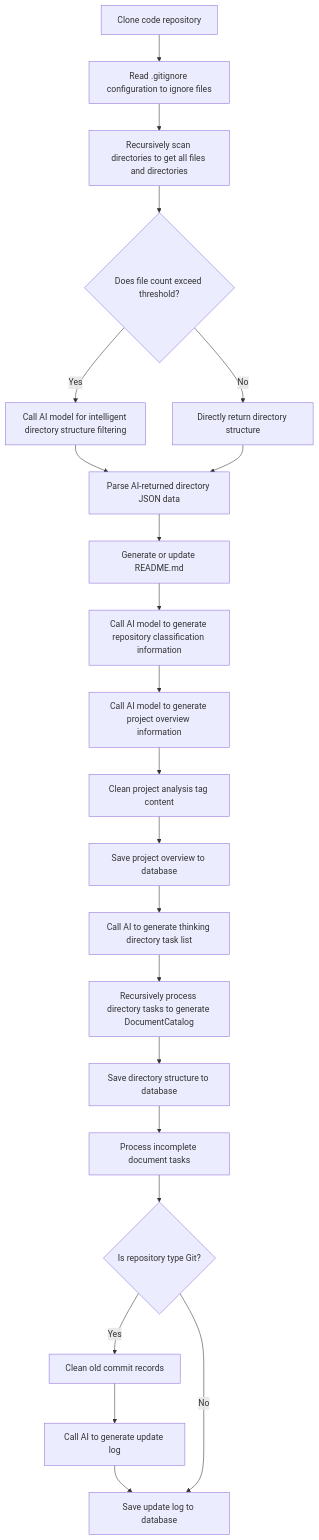
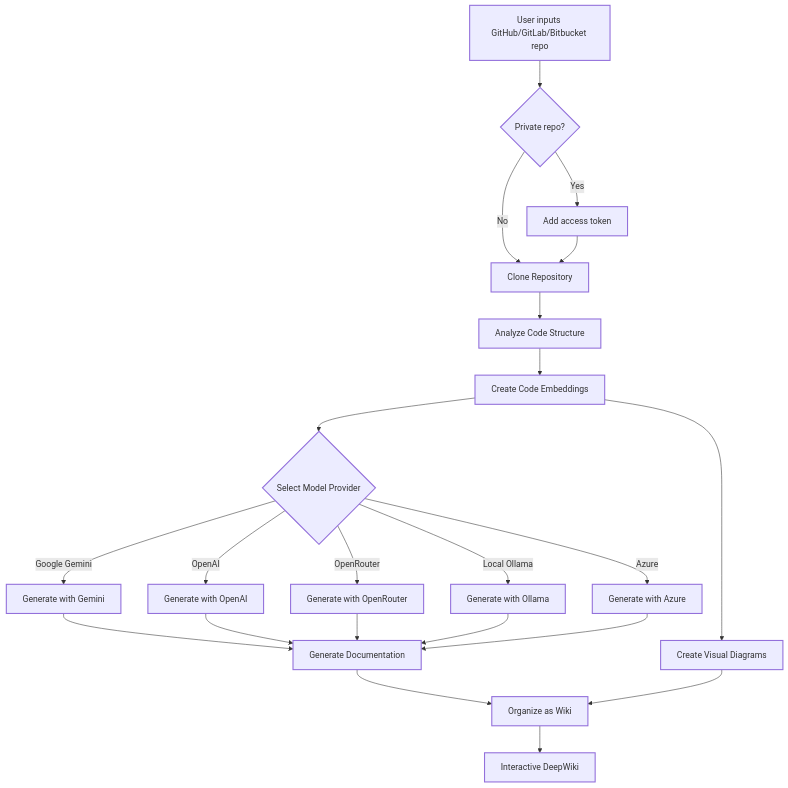
The diagram in README.md (cachatj/antigravity-deepwiki), drawn with Mermaid before and after one commit. The commit also changed other lines of this file and 130 other files, not shown here.

````diff
--- a/README.md
+++ b/README.md
@@ -269,24 +137,37 @@
 ```mermaid
 graph TD
-    A[Clone code repository] --> B[Read .gitignore configuration to ignore files]
-    B --> C[Recursively scan directories to get all files and directories]
-    C --> D{Does file count exceed threshold?}
-    D -- No --> E[Directly return directory structure]
-    D -- Yes --> F[Call AI model for intelligent directory structure filtering]
-    F --> G[Parse AI-returned directory JSON data]
-    E --> G
-    G --> H[Generate or update README.md]
-    H --> I[Call AI model to generate repository classification information]
-    I --> J[Call AI model to generate project overview information]
-    J --> K[Clean project analysis tag content]
-    K --> L[Save project overview to database]
-    L --> M[Call AI to generate thinking directory task list]
-    M --> N[Recursively process directory tasks to generate DocumentCatalog]
-    N --> O[Save directory structure to database]
-    O --> P[Process incomplete document tasks]
-    P --> Q{Is repository type Git?}
-    Q -- Yes --> R[Clean old commit records]
-    R --> S[Call AI to generate update log]
-    S --> T[Save update log to database]
-    Q -- No --> T
+    A[User inputs GitHub/GitLab/Bitbucket repo] --> AA{Private repo?}
+    AA -->|Yes| AB[Add access token]
+    AA -->|No| B[Clone Repository]
+    AB --> B
+    B --> C[Analyze Code Structure]
+    C --> D[Create Code Embeddings]
+
+    D --> M{Select Model Provider}
+    M -->|Google Gemini| E1[Generate with Gemini]
+    M -->|OpenAI| E2[Generate with OpenAI]
+    M -->|OpenRouter| E3[Generate with OpenRouter]
+    M -->|Local Ollama| E4[Generate with Ollama]
+    M -->|Azure| E5[Generate with Azure]
+
+    E1 --> E[Generate Documentation]
+    E2 --> E
+    E3 --> E
+    E4 --> E
+    E5 --> E
+
+    D --> F[Create Visual Diagrams]
+    E --> G[Organize as Wiki]
+    F --> G
+    G --> H[Interactive DeepWiki]
+
+    classDef process stroke-width:2px;
+    classDef data stroke-width:2px;
+    classDef result stroke-width:2px;
+    classDef decision stroke-width:2px;
+
+    class A,D data;
+    class AA,M decision;
+    class B,C,E,F,G,AB,E1,E2,E3,E4,E5 process;
+    class H result;
 ```
````
